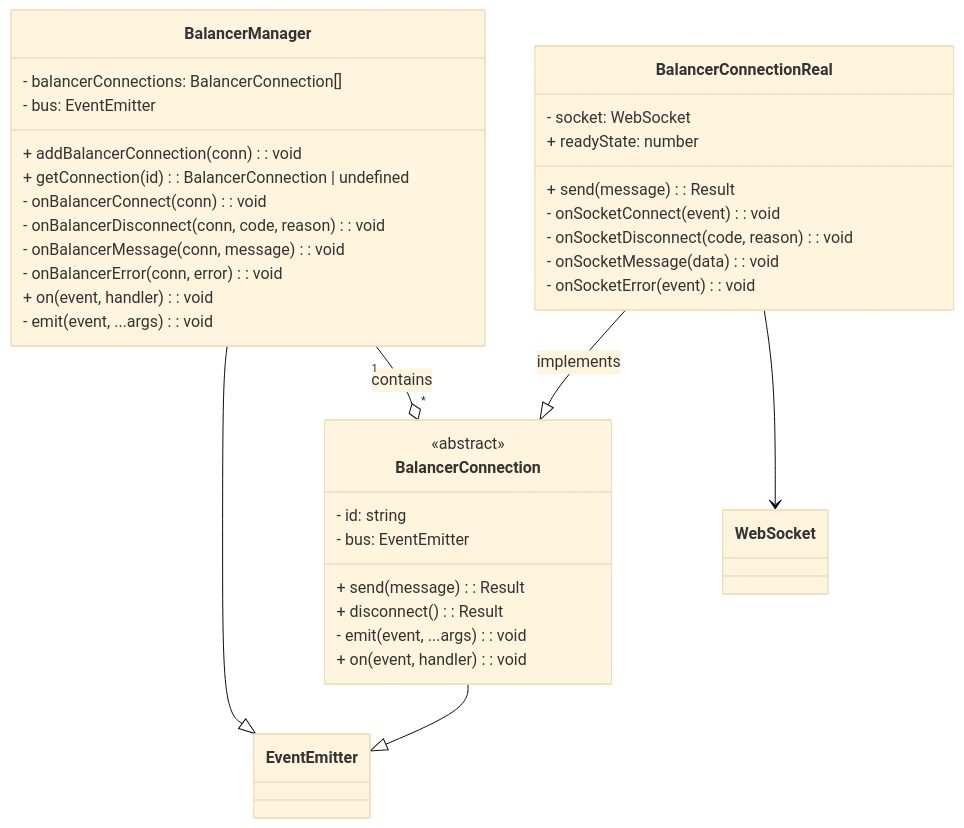
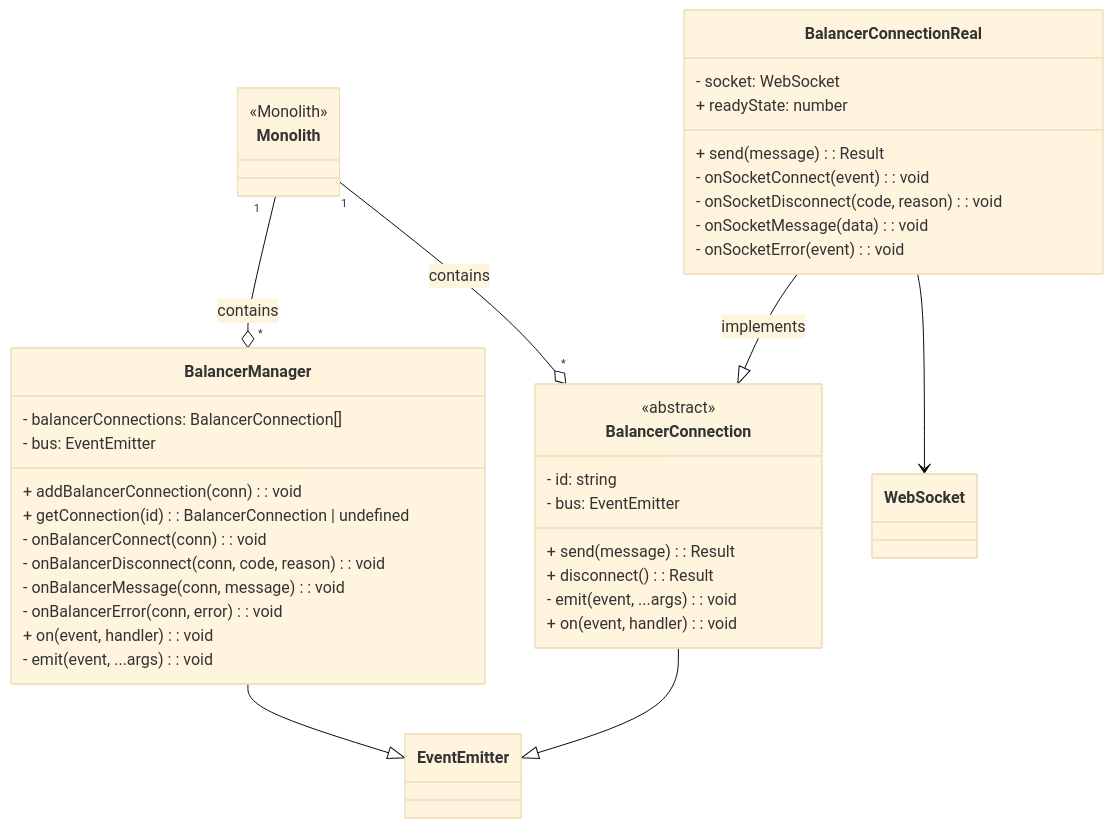
One commit to dyc3/senior-design changed the diagram in figures/manage-balanacer-connections-class.mmd. Above: the diagram before and after it, drawn with Mermaid (base theme). The commit also changed 1 other file, not shown here.

Commit message:
update to show classes are part of the monolith

```diff
--- a/figures/manage-balanacer-connections-class.mmd
+++ b/figures/manage-balanacer-connections-class.mmd
@@ -1,49 +1,53 @@
 classDiagram
+    class Monolith {
+        <<Monolith>>
+    }
+
     class BalancerManager {
         - balancerConnections: BalancerConnection[]
         - bus: EventEmitter
         + addBalancerConnection(conn): void
         + getConnection(id): BalancerConnection | undefined
         - onBalancerConnect(conn): void
         - onBalancerDisconnect(conn, code, reason): void
         - onBalancerMessage(conn, message): void
         - onBalancerError(conn, error): void
         + on(event, handler): void
         - emit(event, ...args): void
     }
 
     class BalancerConnection {
         <<abstract>>
         - id: string
         - bus: EventEmitter
         + send(message): Result<void, Error>
         + disconnect(): Result<void, Error>
         - emit(event, ...args): void
         + on(event, handler): void
     }
 
     class BalancerConnectionReal {
         - socket: WebSocket
         + readyState: number
         + send(message): Result<void, Error>
         - onSocketConnect(event): void
         - onSocketDisconnect(code, reason): void
         - onSocketMessage(data): void
         - onSocketError(event): void
     }
 
     class EventEmitter {
 
     }
 
     class WebSocket {
         
     }
 
-
+    Monolith "1" --o "*" BalancerManager : contains
+    Monolith "1" --o "*" BalancerConnection : contains
 
     BalancerManager --|> EventEmitter
     BalancerConnection --|> EventEmitter
     BalancerConnectionReal --|> BalancerConnection : implements
     BalancerConnectionReal --> WebSocket
-    BalancerManager "1" --o "*" BalancerConnection : contains
```
